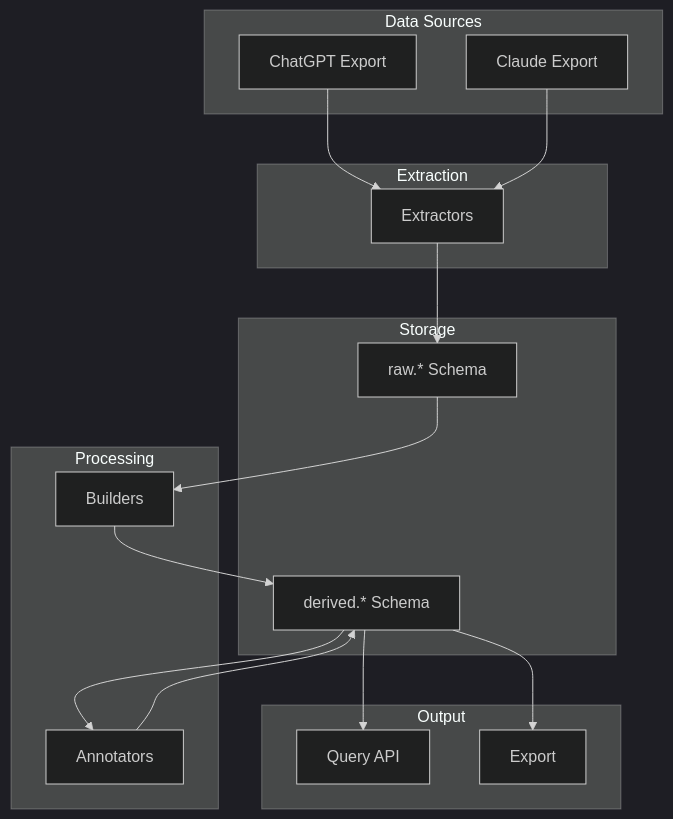
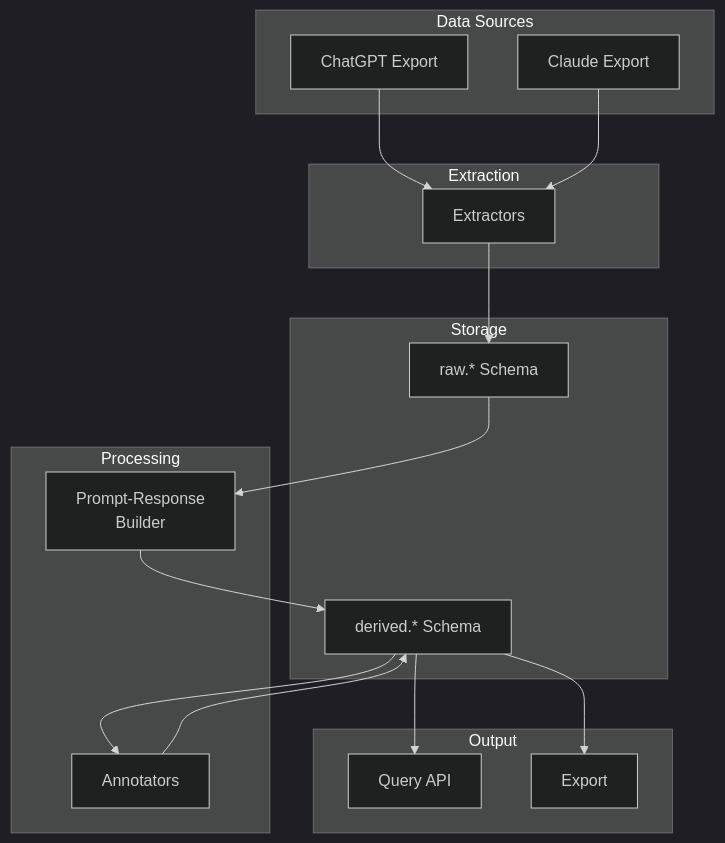
The first of 4 diagrams in docs/index.md (dmarx/chat2obs), drawn with Mermaid (dark theme) before and after one commit. The commit also changed other lines of this file and 7 other files, not shown here.

````diff
--- a/docs/index.md
+++ b/docs/index.md
@@ -48,36 +50,36 @@
 ```mermaid
 flowchart TB
     subgraph Input["Data Sources"]
         ChatGPT["ChatGPT Export"]
         Claude["Claude Export"]
     end
     
     subgraph Extract["Extraction"]
         Extractors["Extractors"]
     end
     
     subgraph Store["Storage"]
         Raw["raw.* Schema"]
         Derived["derived.* Schema"]
     end
     
     subgraph Process["Processing"]
-        Build["Builders"]
+        Build["Prompt-Response<br/>Builder"]
         Annotate["Annotators"]
     end
     
     subgraph Output["Output"]
         Query["Query API"]
         Export["Export"]
     end
     
     ChatGPT --> Extractors
     Claude --> Extractors
     Extractors --> Raw
     Raw --> Build
     Build --> Derived
     Derived --> Annotate
     Annotate --> Derived
     Derived --> Query
     Derived --> Export
 ```
````
